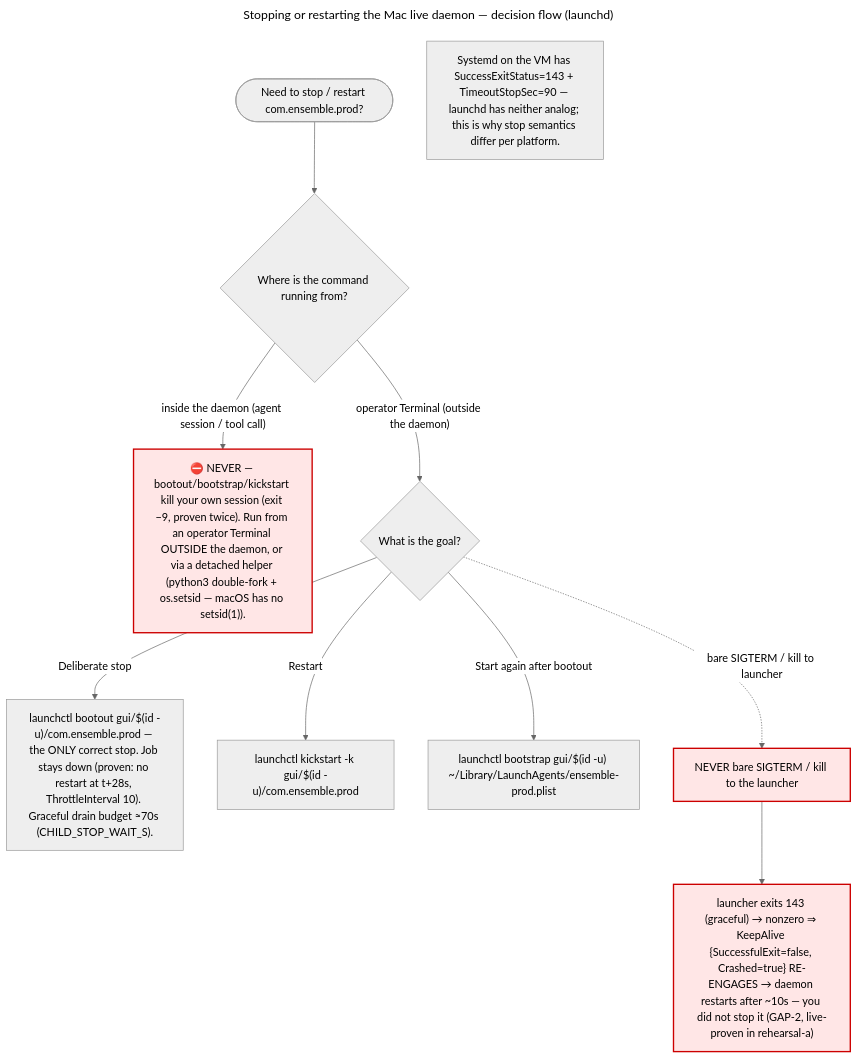
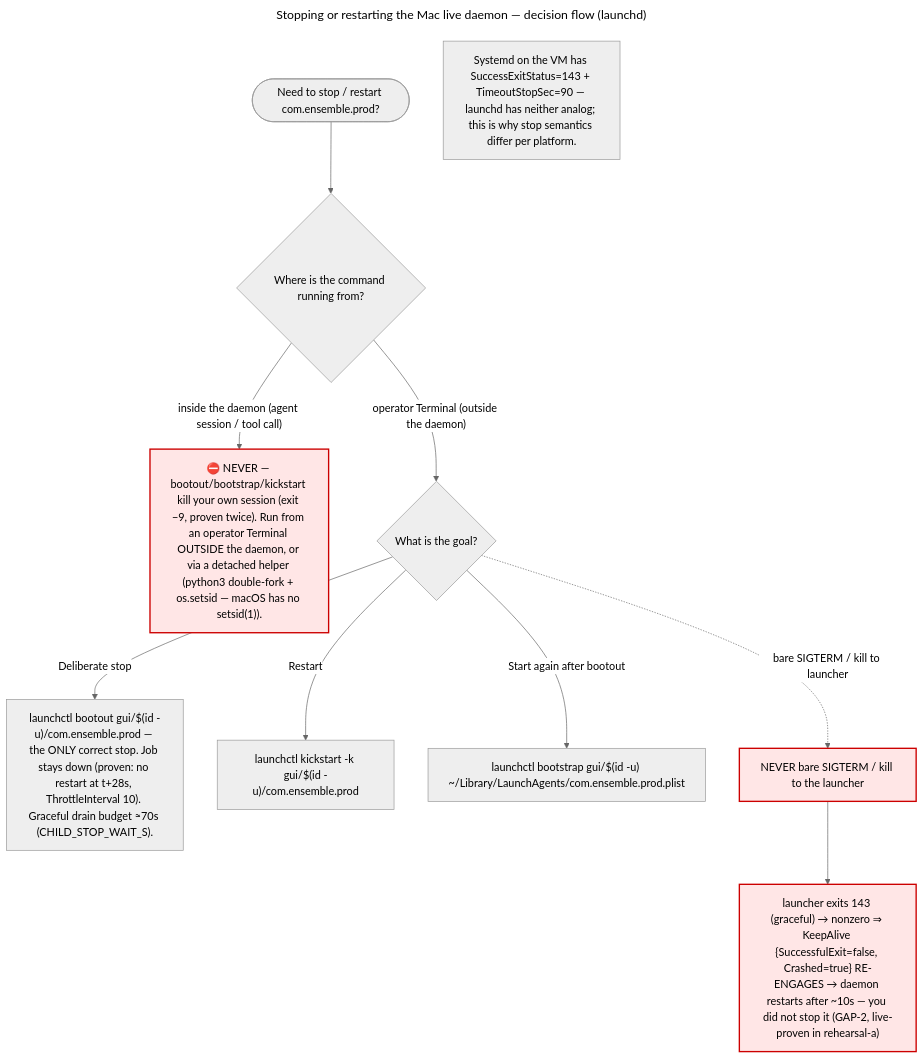
One commit to disillusioners/ensemble changed the second of 2 diagrams in docs/deployment.md. Above: the diagram before and after it, drawn with Mermaid (neutral theme). The commit also changed other lines of this file and 18 other files, not shown here.

First line of the commit message:
fix(launchd): ENSEMBLE-32 repair lane — label-verbatim plist rename, hand-back resolver stash+fallback, stale rollback-lock reap

````diff
--- a/docs/deployment.md
+++ b/docs/deployment.md
@@ -358,24 +358,24 @@
 ```mermaid
 ---
 title: Stopping or restarting the Mac live daemon — decision flow (launchd)
 ---
 flowchart TD
     Start(["Need to stop / restart com.ensemble.prod?"])
     WhereRun{"Where is the command running from?"}
     Start --> WhereRun
 
     WhereRun -->|"inside the daemon (agent session / tool call)"| Forbidden["⛔ NEVER — bootout/bootstrap/kickstart kill your own session (exit −9, proven twice). Run from an operator Terminal OUTSIDE the daemon, or via a detached helper (python3 double-fork + os.setsid — macOS has no setsid(1))."]
     WhereRun -->|"operator Terminal (outside the daemon)"| Goal{"What is the goal?"}
 
     Goal -->|"Deliberate stop"| Bootout["launchctl bootout gui/$(id -u)/com.ensemble.prod — the ONLY correct stop. Job stays down (proven: no restart at t+28s, ThrottleInterval 10). Graceful drain budget ≈70s (CHILD_STOP_WAIT_S)."]
     Goal -->|"Restart"| Kickstart["launchctl kickstart -k gui/$(id -u)/com.ensemble.prod"]
-    Goal -->|"Start again after bootout"| Bootstrap["launchctl bootstrap gui/$(id -u) ~/Library/LaunchAgents/ensemble-prod.plist"]
+    Goal -->|"Start again after bootout"| Bootstrap["launchctl bootstrap gui/$(id -u) ~/Library/LaunchAgents/com.ensemble.prod.plist"]
 
     Goal -.->|"bare SIGTERM / kill to launcher"| WrongPath["NEVER bare SIGTERM / kill to the launcher"]
     WrongPath --> Restart143["launcher exits 143 (graceful) → nonzero ⇒ KeepAlive {SuccessfulExit=false, Crashed=true} RE-ENGAGES → daemon restarts after ~10s — you did not stop it (GAP-2, live-proven in rehearsal-a)"]
 
     PlatformNote["Systemd on the VM has SuccessExitStatus=143 + TimeoutStopSec=90 — launchd has neither analog; this is why stop semantics differ per platform."]
 
     classDef never fill:#ffe6e6,stroke:#cc0000,stroke-width:2px
     class Forbidden,WrongPath,Restart143 never
 ```
````
